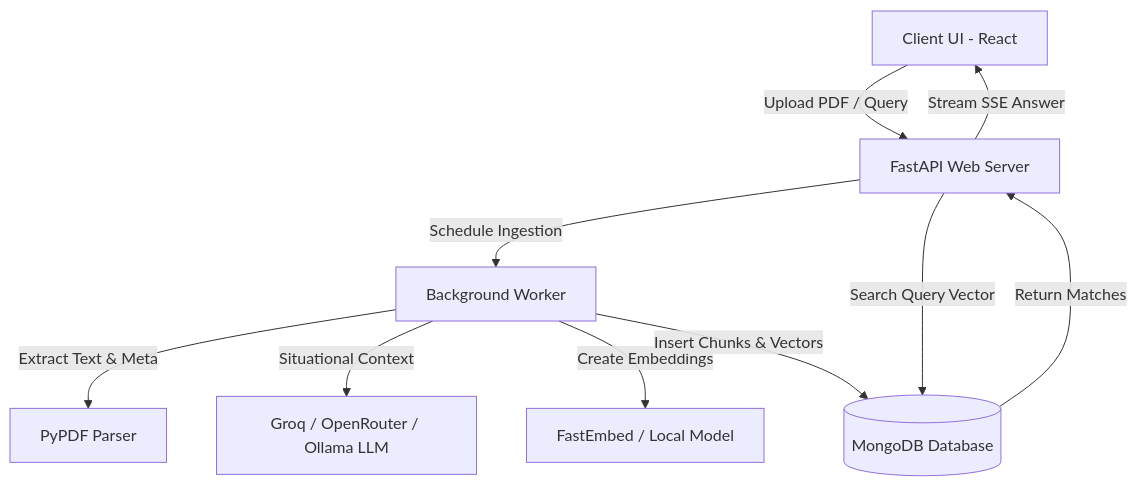
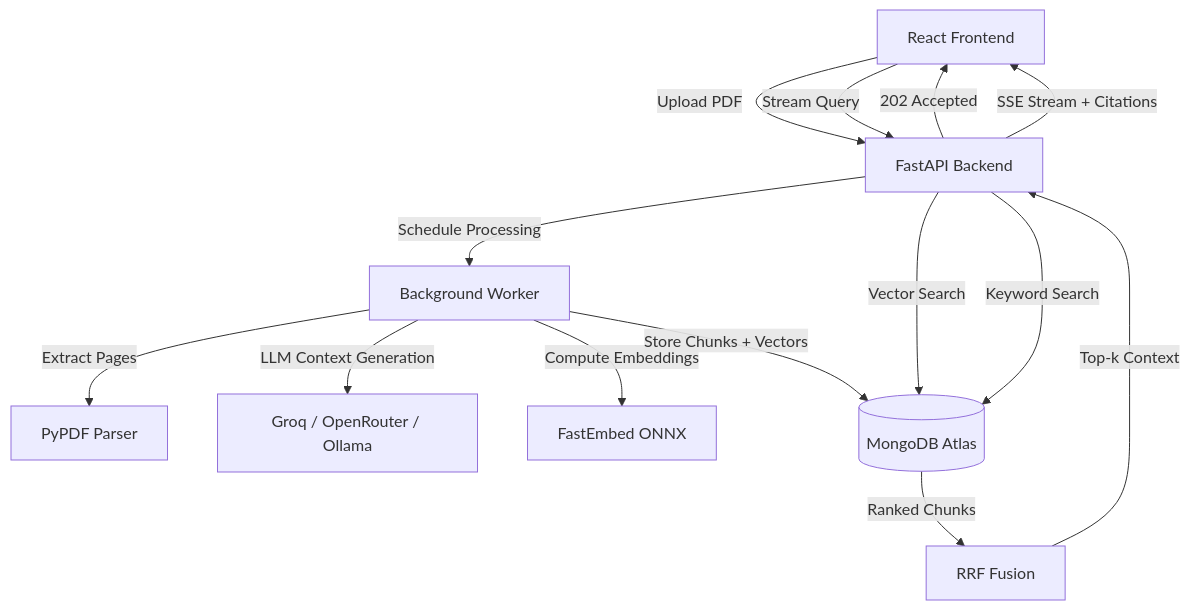
One commit to PRANAVMANDANI/breach_document_rag changed the diagram in README.md. Above: the diagram before and after it, drawn with Mermaid. The commit also changed other lines of this file and 9 other files, not shown here.

Commit message:
feat: optimize backend with motor and async-native operations, default frontend to dark mode, and update README

````diff
--- a/README.md
+++ b/README.md
@@ -32,12 +67,16 @@
 ```mermaid
 graph TD
-    A[Client UI - React] -->|Upload PDF / Query| B[FastAPI Web Server]
-    B -->|Schedule Ingestion| C[Background Worker]
-    C -->|Extract Text & Meta| D[PyPDF Parser]
-    C -->|Situational Context| E[Groq / OpenRouter / Ollama LLM]
-    C -->|Create Embeddings| F[FastEmbed / Local Model]
-    C -->|Insert Chunks & Vectors| G[(MongoDB Database)]
-    B -->|Search Query Vector| G
-    G -->|Return Matches| B
-    B -->|Stream SSE Answer| A
+    A[React Frontend] -->|Upload PDF| B[FastAPI Backend]
+    A -->|Stream Query| B
+    B -->|202 Accepted| A
+    B -->|Schedule Processing| C[Background Worker]
+    C -->|Extract Pages| D[PyPDF Parser]
+    C -->|LLM Context Generation| E[Groq / OpenRouter / Ollama]
+    C -->|Compute Embeddings| F[FastEmbed ONNX]
+    C -->|Store Chunks + Vectors| G[(MongoDB Atlas)]
+    B -->|Vector Search| G
+    B -->|Keyword Search| G
+    G -->|Ranked Chunks| H[RRF Fusion]
+    H -->|Top-k Context| B
+    B -->|SSE Stream + Citations| A
 ```
````
